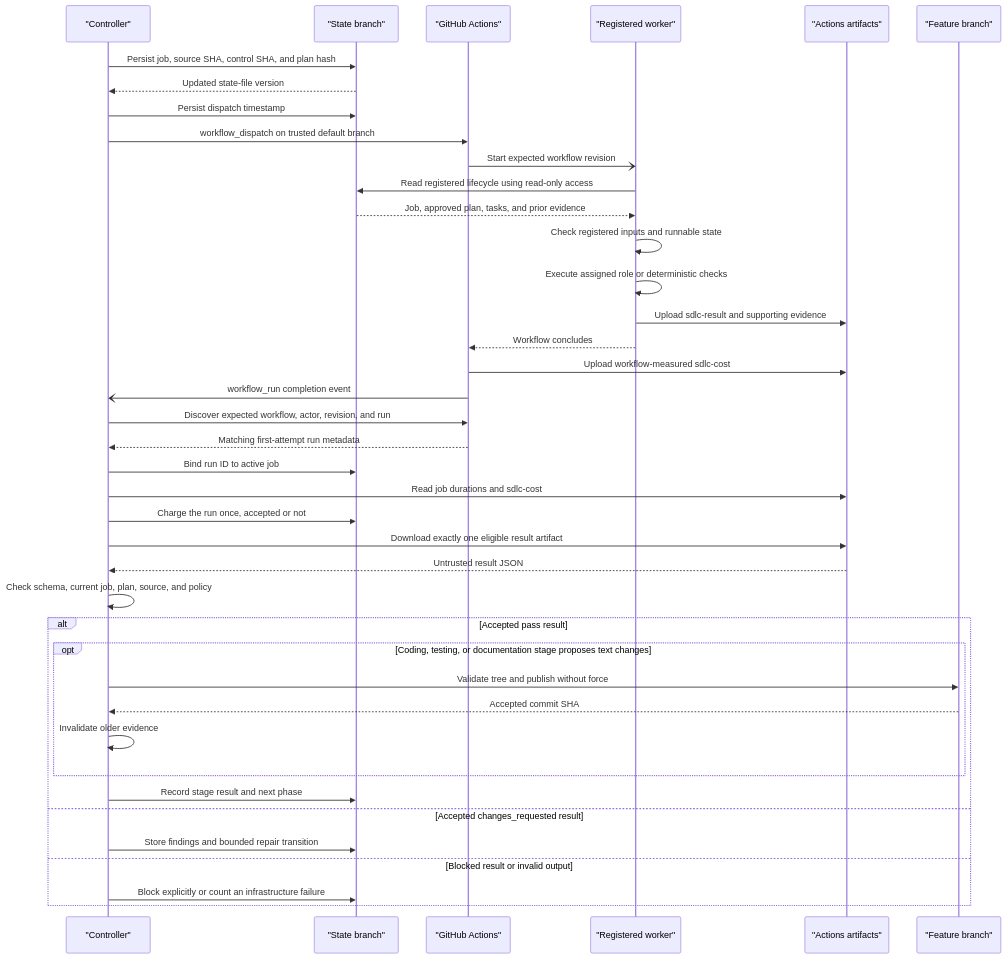
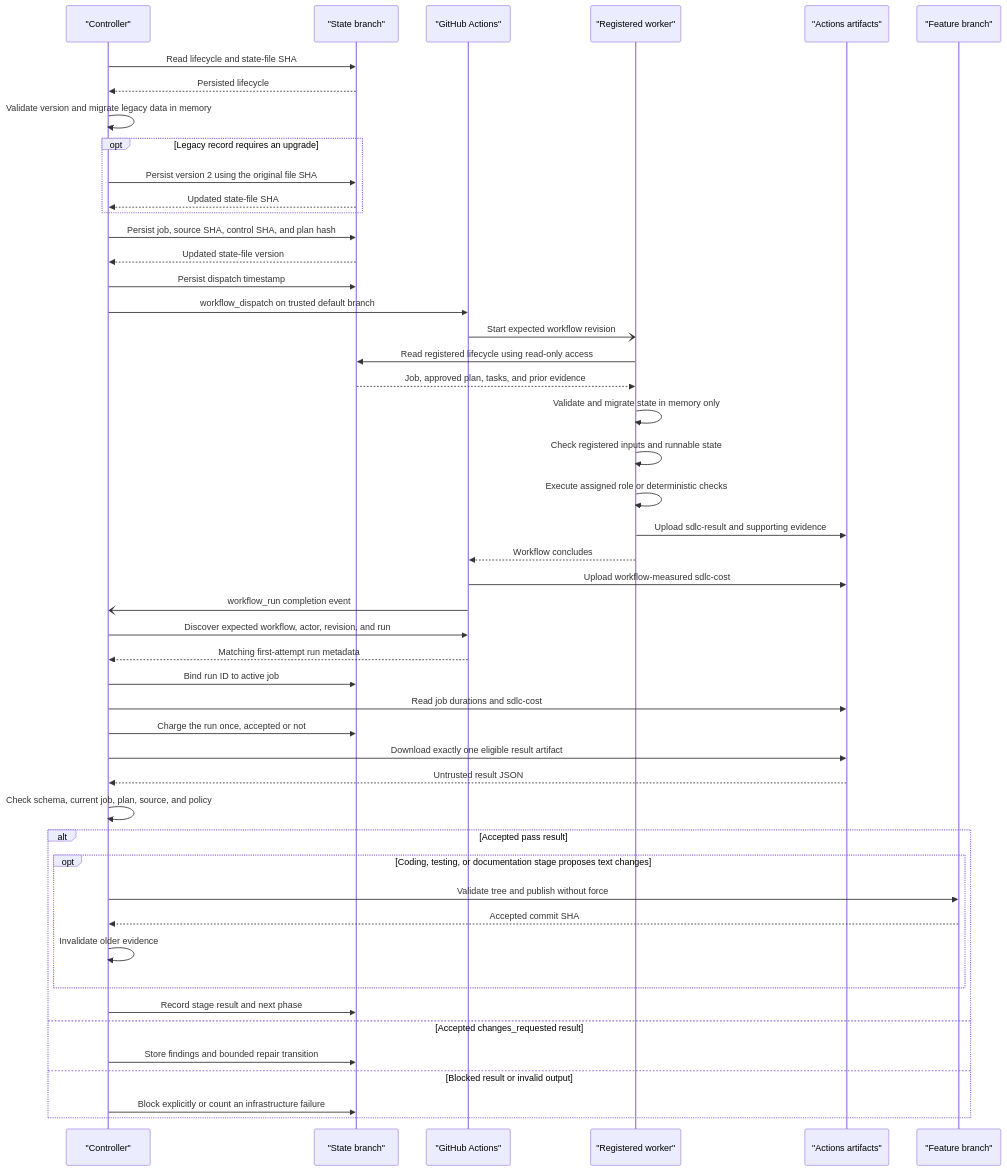
Before and after one commit to dav1dc-cs-test-org/agentic-sdlc-prototype: the fourth of 7 diagrams in docs/architecture.md, drawn with Mermaid. The commit also changed other lines of this file and 11 other files, not shown here.

Commit message:
schema lifecycle migrations for the new spend tracking fields

````diff
--- a/docs/architecture.md
+++ b/docs/architecture.md
@@ -281,43 +281,51 @@
 ```mermaid
 sequenceDiagram
   participant HwControl as "Controller"
   participant HwState as "State branch"
   participant HwActions as "GitHub Actions"
   participant HwWorker as "Registered worker"
   participant HwArtifacts as "Actions artifacts"
   participant HwBranch as "Feature branch"
 
+  HwControl->>HwState: Read lifecycle and state-file SHA
+  HwState-->>HwControl: Persisted lifecycle
+  HwControl->>HwControl: Validate version and migrate legacy data in memory
+    opt Legacy record requires an upgrade
+    HwControl->>HwState: Persist version 2 using the original file SHA
+    HwState-->>HwControl: Updated state-file SHA
+    end
   HwControl->>HwState: Persist job, source SHA, control SHA, and plan hash
   HwState-->>HwControl: Updated state-file version
   HwControl->>HwState: Persist dispatch timestamp
   HwControl->>HwActions: workflow_dispatch on trusted default branch
   HwActions-)HwWorker: Start expected workflow revision
   HwWorker->>HwState: Read registered lifecycle using read-only access
   HwState-->>HwWorker: Job, approved plan, tasks, and prior evidence
+  HwWorker->>HwWorker: Validate and migrate state in memory only
   HwWorker->>HwWorker: Check registered inputs and runnable state
   HwWorker->>HwWorker: Execute assigned role or deterministic checks
   HwWorker->>HwArtifacts: Upload sdlc-result and supporting evidence
   HwWorker-->>HwActions: Workflow concludes
   HwActions->>HwArtifacts: Upload workflow-measured sdlc-cost
   HwActions-)HwControl: workflow_run completion event
   HwControl->>HwActions: Discover expected workflow, actor, revision, and run
   HwActions-->>HwControl: Matching first-attempt run metadata
   HwControl->>HwState: Bind run ID to active job
   HwControl->>HwArtifacts: Read job durations and sdlc-cost
   HwControl->>HwState: Charge the run once, accepted or not
   HwControl->>HwArtifacts: Download exactly one eligible result artifact
   HwArtifacts-->>HwControl: Untrusted result JSON
   HwControl->>HwControl: Check schema, current job, plan, source, and policy
     alt Accepted pass result
         opt Coding, testing, or documentation stage proposes text changes
       HwControl->>HwBranch: Validate tree and publish without force
       HwBranch-->>HwControl: Accepted commit SHA
       HwControl->>HwControl: Invalidate older evidence
         end
     HwControl->>HwState: Record stage result and next phase
     else Accepted changes_requested result
     HwControl->>HwState: Store findings and bounded repair transition
     else Blocked result or invalid output
     HwControl->>HwState: Block explicitly or count an infrastructure failure
     end
 ```
````
